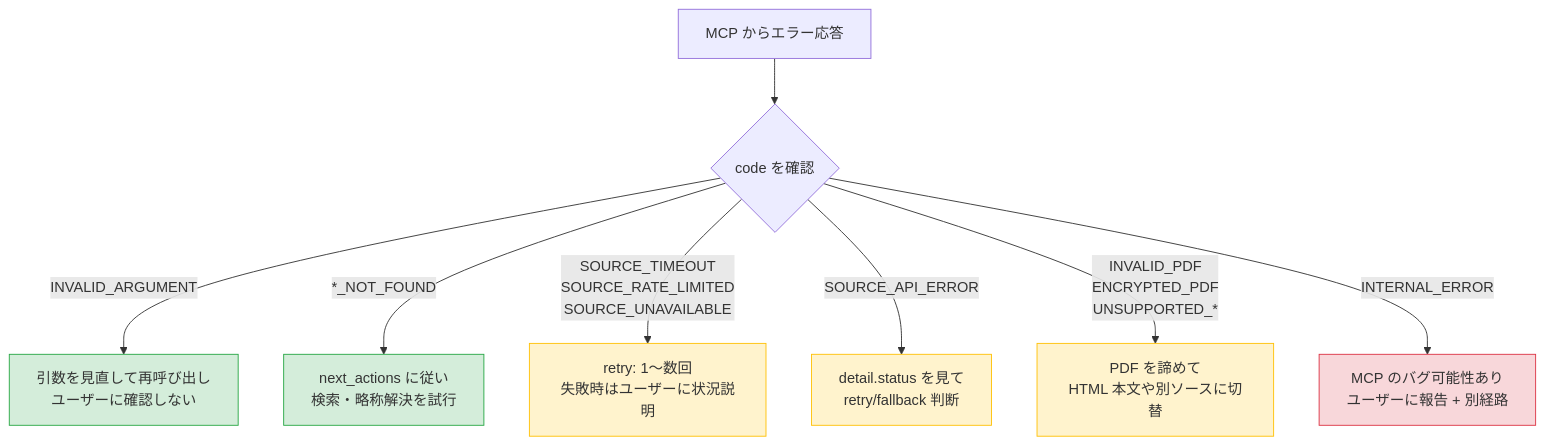
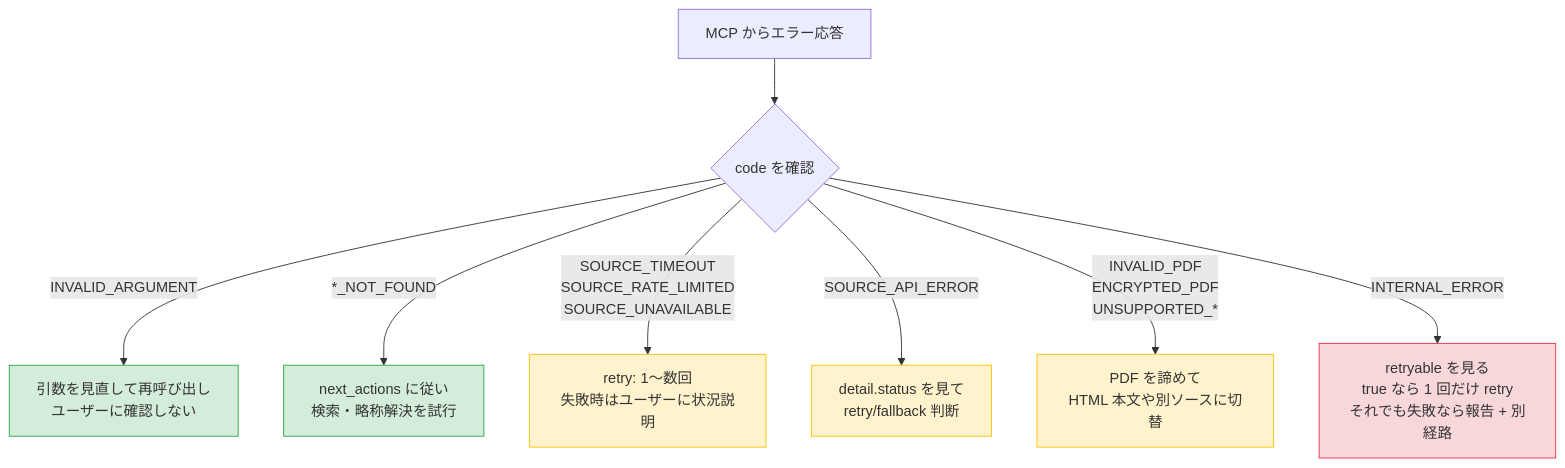
Before and after one commit to shuji-bonji/houki-research-skill: the first of 2 diagrams in skills/houki-research/docs/ERROR-HANDLING.md, drawn with Mermaid. The commit also changed other lines of this file and 4 other files, not shown here.

````diff
--- a/skills/houki-research/docs/ERROR-HANDLING.md
+++ b/skills/houki-research/docs/ERROR-HANDLING.md
@@ -7,17 +7,17 @@
 ```mermaid
 flowchart TB
   err[MCP からエラー応答] --> p1{code を確認}
   p1 -->|INVALID_ARGUMENT| f1[引数を見直して再呼び出し<br/>ユーザーに確認しない]
   p1 -->|*_NOT_FOUND| f2[next_actions に従い<br/>検索・略称解決を試行]
   p1 -->|SOURCE_TIMEOUT<br/>SOURCE_RATE_LIMITED<br/>SOURCE_UNAVAILABLE| f3[retry: 1〜数回<br/>失敗時はユーザーに状況説明]
   p1 -->|SOURCE_API_ERROR| f4[detail.status を見て<br/>retry/fallback 判断]
   p1 -->|INVALID_PDF<br/>ENCRYPTED_PDF<br/>UNSUPPORTED_*| f5[PDF を諦めて<br/>HTML 本文や別ソースに切替]
-  p1 -->|INTERNAL_ERROR| f6[MCP のバグ可能性あり<br/>ユーザーに報告 + 別経路]
+  p1 -->|INTERNAL_ERROR| f6[retryable を見る<br/>true なら 1 回だけ retry<br/>それでも失敗なら報告 + 別経路]
 
   classDef ok fill:#d4edda,stroke:#28a745,color:#333
   classDef warn fill:#fff3cd,stroke:#ffc107,color:#333
   classDef err fill:#f8d7da,stroke:#dc3545,color:#333
   class f1,f2 ok
   class f3,f4,f5 warn
   class f6 err
 ```
````
